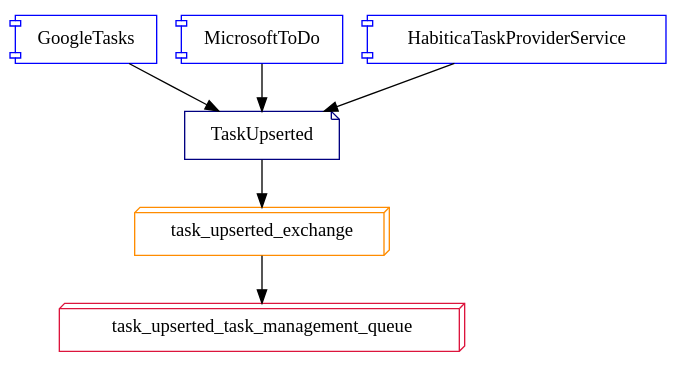
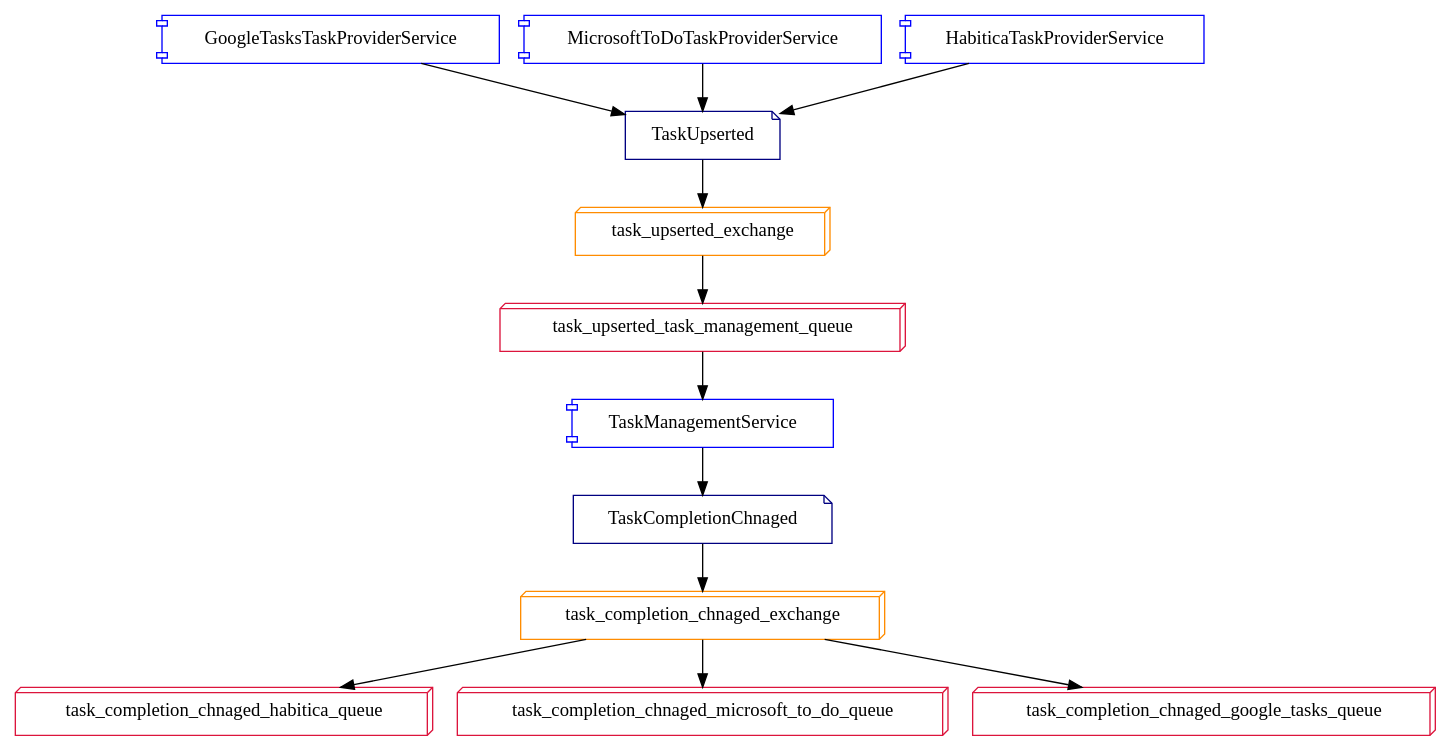
One commit to lionize/Messaging changed the diagram in flow.gv. Above: the diagram before and after it, drawn with Graphviz.

```diff
--- a/flow.gv
+++ b/flow.gv
@@ -1,14 +1,26 @@
 digraph {
-    GoogleTasks [shape=component, color=blue]
-    MicrosoftToDo [shape=component, color=blue]
+    GoogleTasksTaskProviderService [shape=component, color=blue]
+    MicrosoftToDoTaskProviderService [shape=component, color=blue]
     HabiticaTaskProviderService [shape=component, color=blue]
+    TaskManagementService [shape=component, color=blue]
     TaskUpserted [shape=note, color=navy]
+    TaskCompletionChnaged [shape=note, color=navy]
     task_upserted_exchange [shape=box3d, color=darkorange]
+    task_completion_chnaged_exchange [shape=box3d, color=darkorange]
     task_upserted_task_management_queue [shape=box3d, color=crimson]
+    task_completion_chnaged_habitica_queue [shape=box3d, color=crimson]
+    task_completion_chnaged_microsoft_to_do_queue [shape=box3d, color=crimson]
+    task_completion_chnaged_google_tasks_queue [shape=box3d, color=crimson]
 
-    GoogleTasks -> TaskUpserted
-    MicrosoftToDo -> TaskUpserted
+    GoogleTasksTaskProviderService -> TaskUpserted
+    MicrosoftToDoTaskProviderService -> TaskUpserted
     HabiticaTaskProviderService -> TaskUpserted
     TaskUpserted -> task_upserted_exchange
     task_upserted_exchange -> task_upserted_task_management_queue
+    task_upserted_task_management_queue -> TaskManagementService
+    TaskManagementService -> TaskCompletionChnaged
+    TaskCompletionChnaged -> task_completion_chnaged_exchange
+    task_completion_chnaged_exchange -> task_completion_chnaged_habitica_queue
+    task_completion_chnaged_exchange -> task_completion_chnaged_microsoft_to_do_queue
+    task_completion_chnaged_exchange -> task_completion_chnaged_google_tasks_queue
 }
```
